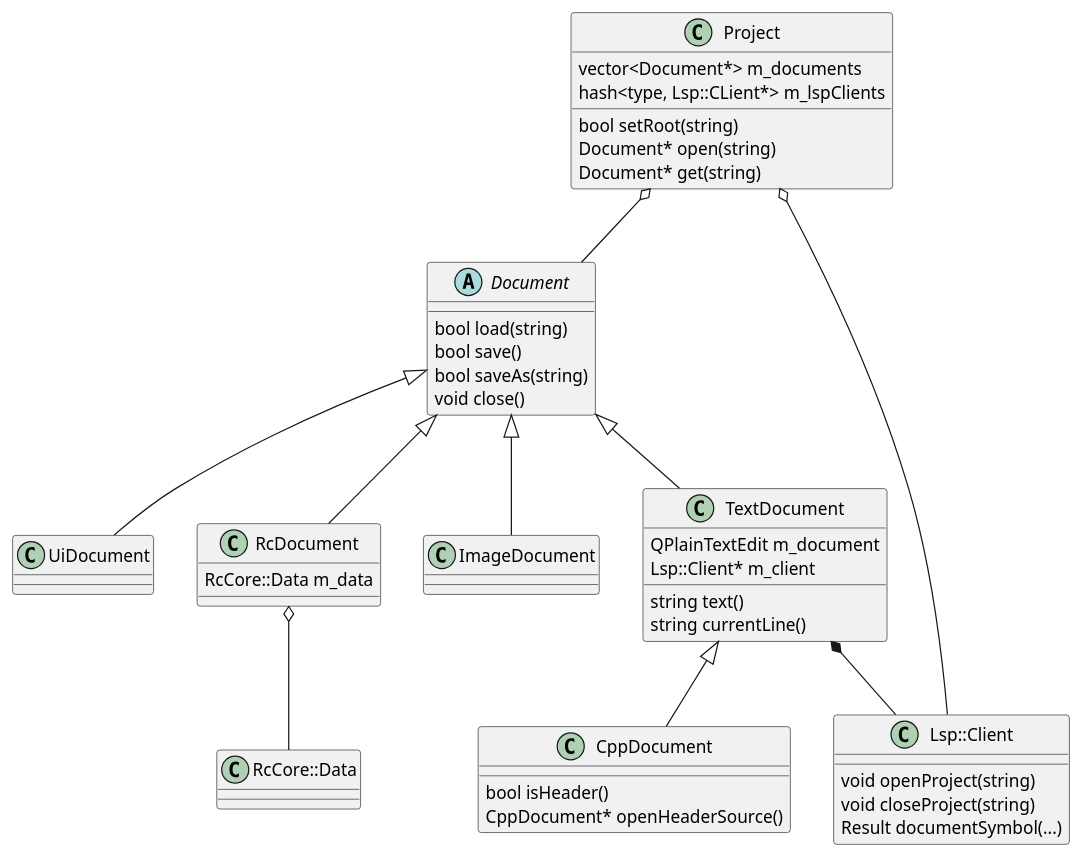
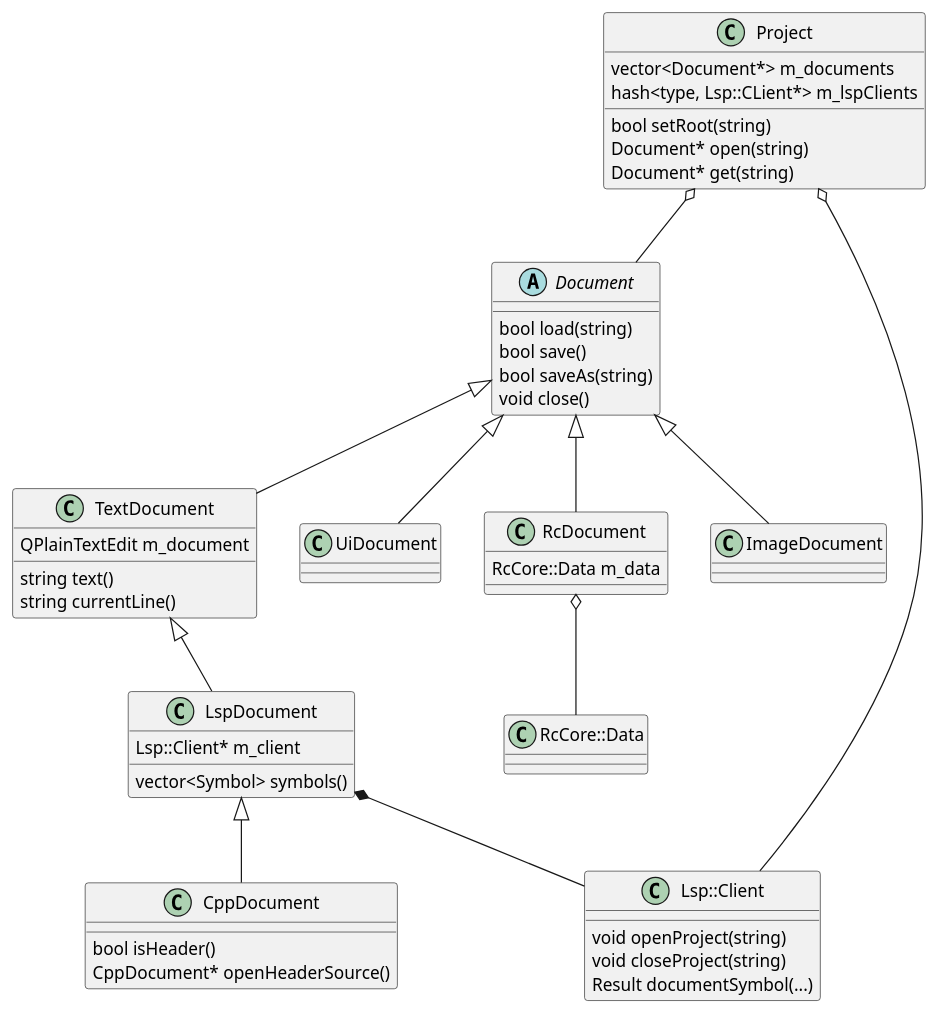
One commit to KDAB/knut changed the diagram in docs/assets/project-classes.puml. Above: the diagram before and after it, drawn with PlantUML. The commit also changed 9 other files, not shown here.

```diff
--- a/docs/assets/project-classes.puml
+++ b/docs/assets/project-classes.puml
@@ -1,48 +1,52 @@
 @startuml
 class Project {
   vector<Document*> m_documents
   hash<type, Lsp::CLient*> m_lspClients
   bool setRoot(string)
   Document* open(string)
   Document* get(string)
 }
 abstract class Document {
   bool load(string)
   bool save()
   bool saveAs(string)
   void close()
 }
 class TextDocument {
   QPlainTextEdit m_document
-  Lsp::Client* m_client
   string text()
   string currentLine()
 }
 class UiDocument
 class RcDocument {
   RcCore::Data m_data
 }
 class RcCore::Data
 class ImageDocument
+class LspDocument {
+  Lsp::Client* m_client
+  vector<Symbol> symbols()
+}
 class CppDocument {
   bool isHeader()
   CppDocument* openHeaderSource()
 }
 class Lsp::Client {
   void openProject(string)
   void closeProject(string)
   Result documentSymbol(...)
 }
 
 Project o-- Document
 Document <|-- TextDocument
 Document <|-- UiDocument
 Document <|-- RcDocument
 RcDocument o-- RcCore::Data
 Document <|-- ImageDocument
-TextDocument <|-- CppDocument
+TextDocument <|-- LspDocument
+LspDocument <|-- CppDocument
 Project o-- Lsp::Client
-TextDocument *-- Lsp::Client
+LspDocument *-- Lsp::Client
 
 
 @enduml
```
